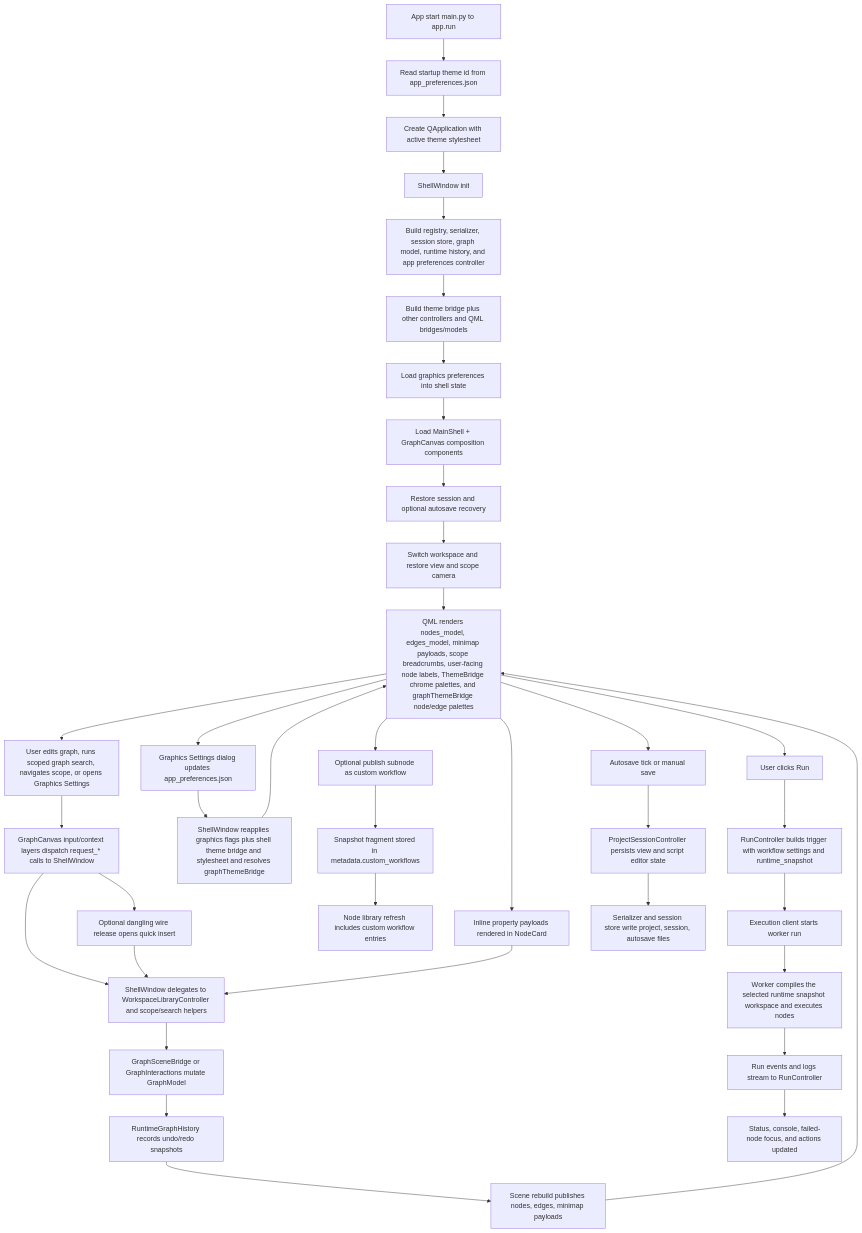
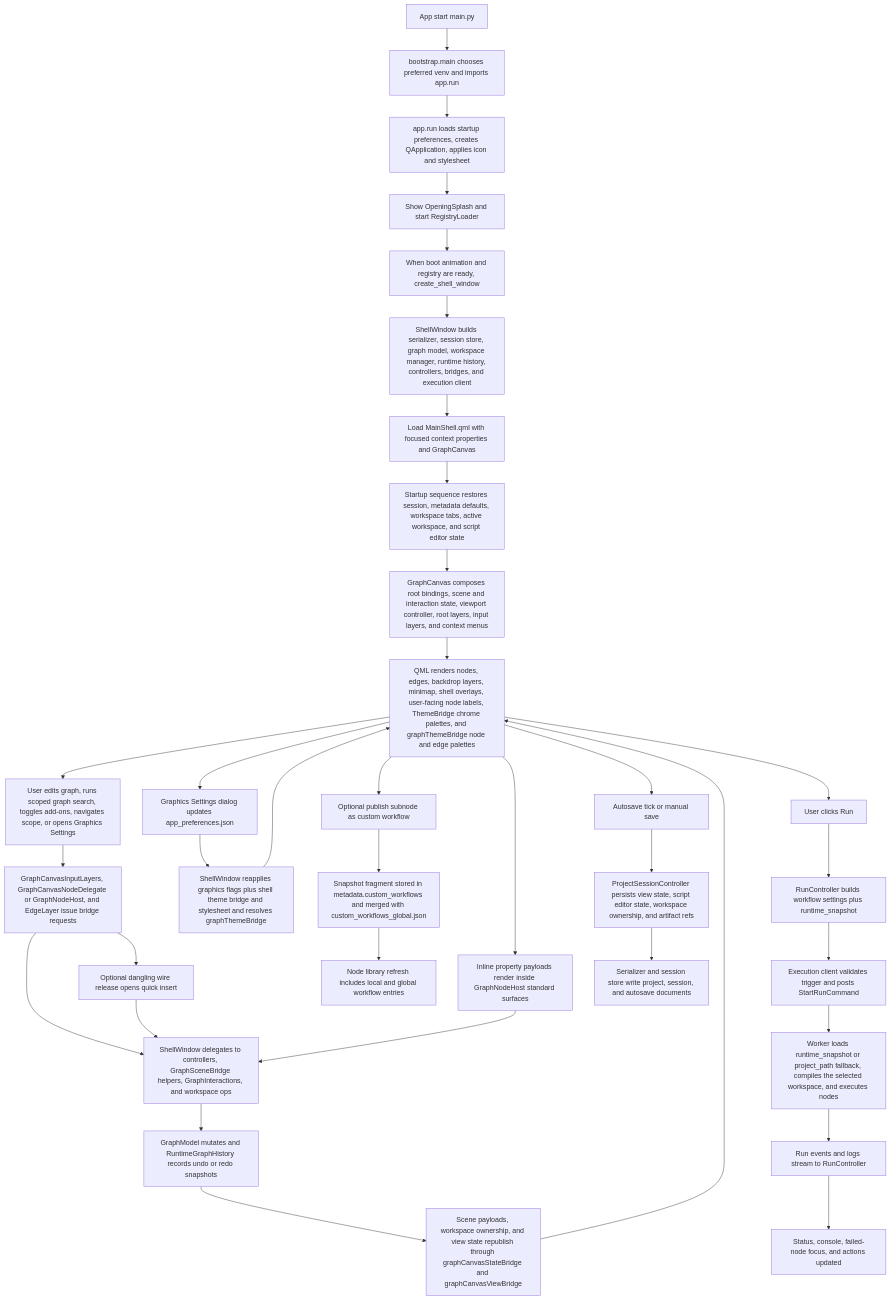
The second of 3 diagrams in ARCHITECTURE.md (emreatay993/EA_Node), drawn with Mermaid before and after one commit. The commit also changed other lines of this file and 10 other files, not shown here.

Commit message:
Update architecture docs and ANSYS example assets

````diff
--- a/ARCHITECTURE.md
+++ b/ARCHITECTURE.md
@@ -274,45 +301,43 @@
 ```mermaid
 flowchart TD
-    A[App start main.py to app.run] --> B[Read startup theme id from app_preferences.json]
-    B --> C[Create QApplication with active theme stylesheet]
-    C --> D[ShellWindow init]
-    D --> E[Build registry, serializer, session store, graph model, runtime history, and app preferences controller]
-    E --> F[Build theme bridge plus other controllers and QML bridges/models]
-    F --> G[Load graphics preferences into shell state]
-    G --> H[Load MainShell + GraphCanvas composition components]
-    H --> I[Restore session and optional autosave recovery]
-    I --> J[Switch workspace and restore view and scope camera]
-    J --> K[QML renders nodes_model, edges_model, minimap payloads, scope breadcrumbs, user-facing node labels, ThemeBridge chrome palettes, and graphThemeBridge node/edge palettes]
+    A[App start main.py] --> B[bootstrap.main chooses preferred venv and imports app.run]
+    B --> C[app.run loads startup preferences, creates QApplication, applies icon and stylesheet]
+    C --> D[Show OpeningSplash and start RegistryLoader]
+    D --> E[When boot animation and registry are ready, create_shell_window]
+    E --> F[ShellWindow builds serializer, session store, graph model, workspace manager, runtime history, controllers, bridges, and execution client]
+    F --> G[Load MainShell.qml with focused context properties and GraphCanvas]
+    G --> H[Startup sequence restores session, metadata defaults, workspace tabs, active workspace, and script editor state]
+    H --> I[GraphCanvas composes root bindings, scene and interaction state, viewport controller, root layers, input layers, and context menus]
+    I --> J[QML renders nodes, edges, backdrop layers, minimap, shell overlays, user-facing node labels, ThemeBridge chrome palettes, and graphThemeBridge node and edge palettes]
 
-    K --> L[User edits graph, runs scoped graph search, navigates scope, or opens Graphics Settings]
-    L --> M[GraphCanvas input/context layers dispatch request_* calls to ShellWindow]
-    M --> N[ShellWindow delegates to WorkspaceLibraryController and scope/search helpers]
-    M --> NQ[Optional dangling wire release opens quick insert]
-    NQ --> N
-    N --> O[GraphSceneBridge or GraphInteractions mutate GraphModel]
-    O --> P[RuntimeGraphHistory records undo/redo snapshots]
-    P --> Q[Scene rebuild publishes nodes, edges, minimap payloads]
-    Q --> K
+    J --> K[User edits graph, runs scoped graph search, toggles add-ons, navigates scope, or opens Graphics Settings]
+    K --> L[GraphCanvasInputLayers, GraphCanvasNodeDelegate or GraphNodeHost, and EdgeLayer issue bridge requests]
+    L --> M[ShellWindow delegates to controllers, GraphSceneBridge helpers, GraphInteractions, and workspace ops]
+    L --> MQ[Optional dangling wire release opens quick insert]
+    MQ --> M
+    M --> N[GraphModel mutates and RuntimeGraphHistory records undo or redo snapshots]
+    N --> O[Scene payloads, workspace ownership, and view state republish through graphCanvasStateBridge and graphCanvasViewBridge]
+    O --> J
 
-    K --> KP[Graphics Settings dialog updates app_preferences.json]
-    KP --> KR[ShellWindow reapplies graphics flags plus shell theme bridge and stylesheet and resolves graphThemeBridge]
-    KR --> K
+    J --> GP[Graphics Settings dialog updates app_preferences.json]
+    GP --> GQ[ShellWindow reapplies graphics flags plus shell theme bridge and stylesheet and resolves graphThemeBridge]
+    GQ --> J
 
-    K --> R[Inline property payloads rendered in NodeCard]
-    R --> N
+    J --> R[Inline property payloads render inside GraphNodeHost standard surfaces]
+    R --> M
 
-    K --> S[Optional publish subnode as custom workflow]
-    S --> T[Snapshot fragment stored in metadata.custom_workflows]
-    T --> U[Node library refresh includes custom workflow entries]
+    J --> S[Optional publish subnode as custom workflow]
+    S --> T[Snapshot fragment stored in metadata.custom_workflows and merged with custom_workflows_global.json]
+    T --> U[Node library refresh includes local and global workflow entries]
 
-    K --> V[User clicks Run]
-    V --> W[RunController builds trigger with workflow settings and runtime_snapshot]
-    W --> X[Execution client starts worker run]
-    X --> Y[Worker compiles the selected runtime snapshot workspace and executes nodes]
+    J --> V[User clicks Run]
+    V --> W[RunController builds workflow settings plus runtime_snapshot]
+    W --> X[Execution client validates trigger and posts StartRunCommand]
+    X --> Y[Worker loads runtime_snapshot or project_path fallback, compiles the selected workspace, and executes nodes]
     Y --> Z[Run events and logs stream to RunController]
     Z --> ZA[Status, console, failed-node focus, and actions updated]
 
-    K --> ZB[Autosave tick or manual save]
-    ZB --> ZC[ProjectSessionController persists view and script editor state]
-    ZC --> ZD[Serializer and session store write project, session, autosave files]
+    J --> ZB[Autosave tick or manual save]
+    ZB --> ZC[ProjectSessionController persists view state, script editor state, workspace ownership, and artifact refs]
+    ZC --> ZD[Serializer and session store write project, session, and autosave documents]
 ```
````
